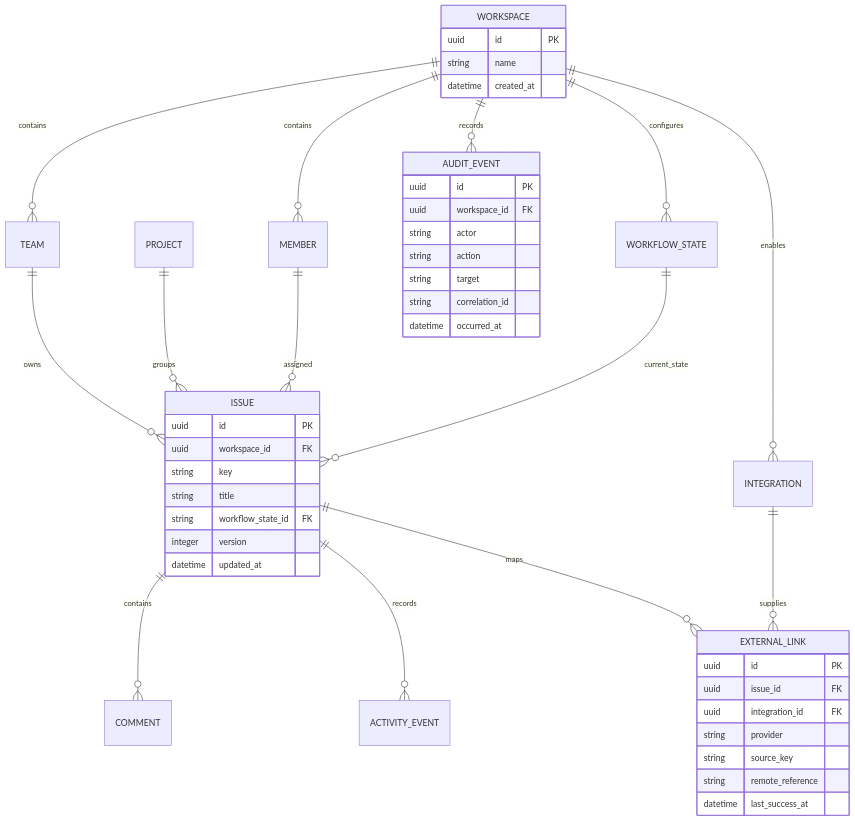
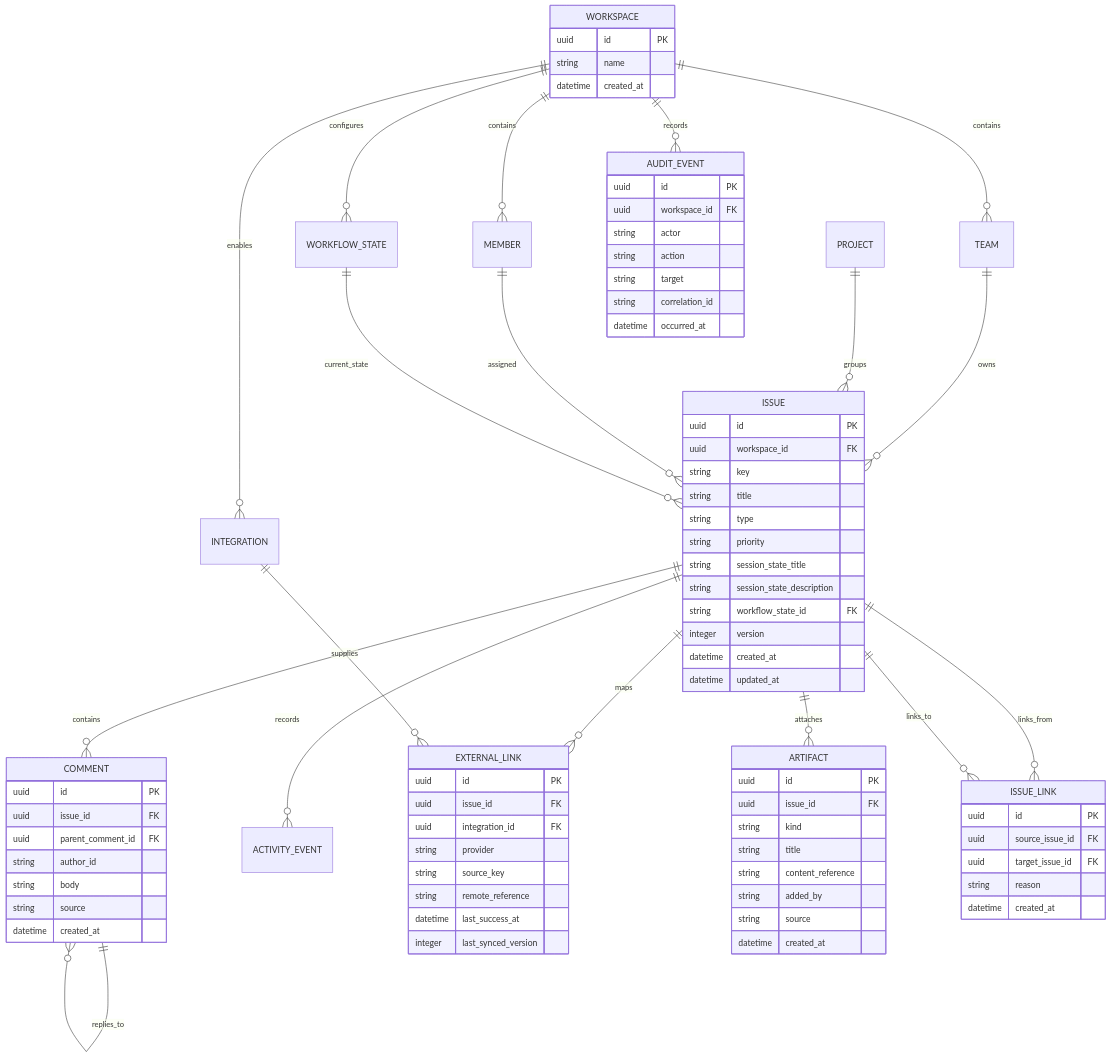
The second of 2 diagrams in docs/anvilboard/srs.md (sommmen/Anvilboard), drawn with Mermaid before and after one commit. The commit also changed other lines of this file and 9 other files, not shown here.

```diff
--- a/docs/anvilboard/srs.md
+++ b/docs/anvilboard/srs.md
@@ -418,8 +595,12 @@
     PROJECT ||--o{ ISSUE : groups
     MEMBER ||--o{ ISSUE : assigned
     ISSUE ||--o{ COMMENT : contains
+    COMMENT ||--o{ COMMENT : replies_to
     ISSUE ||--o{ ACTIVITY_EVENT : records
     ISSUE ||--o{ EXTERNAL_LINK : maps
+    ISSUE ||--o{ ARTIFACT : attaches
+    ISSUE ||--o{ ISSUE_LINK : links_from
+    ISSUE ||--o{ ISSUE_LINK : links_to
     INTEGRATION ||--o{ EXTERNAL_LINK : supplies
     WORKFLOW_STATE ||--o{ ISSUE : current_state
     WORKSPACE {
@@ -432,9 +613,40 @@
       uuid workspace_id FK
       string key
       string title
+      string type
+      string priority
+      string session_state_title
+      string session_state_description
       string workflow_state_id FK
       integer version
+      datetime created_at
       datetime updated_at
+    }
+    COMMENT {
+      uuid id PK
+      uuid issue_id FK
+      uuid parent_comment_id FK
+      string author_id
+      string body
+      string source
+      datetime created_at
+    }
+    ARTIFACT {
+      uuid id PK
+      uuid issue_id FK
+      string kind
+      string title
+      string content_reference
+      string added_by
+      string source
+      datetime created_at
+    }
+    ISSUE_LINK {
+      uuid id PK
+      uuid source_issue_id FK
+      uuid target_issue_id FK
+      string reason
+      datetime created_at
     }
     EXTERNAL_LINK {
       uuid id PK
@@ -444,6 +656,7 @@
       string source_key
       string remote_reference
       datetime last_success_at
+      integer last_synced_version
     }
     AUDIT_EVENT {
       uuid id PK
```
